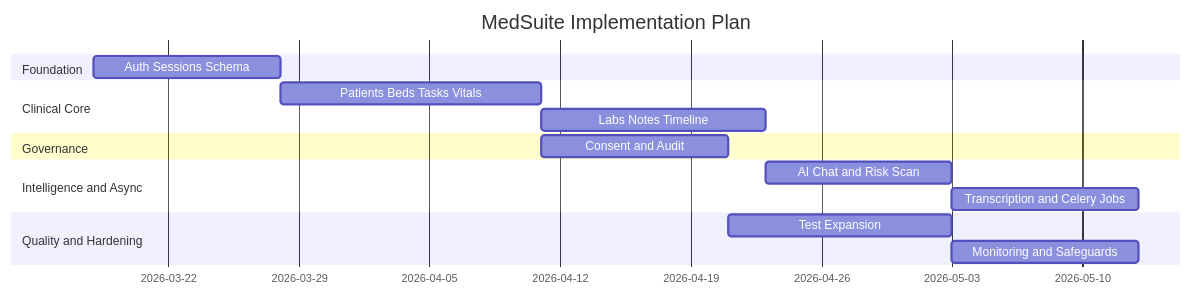
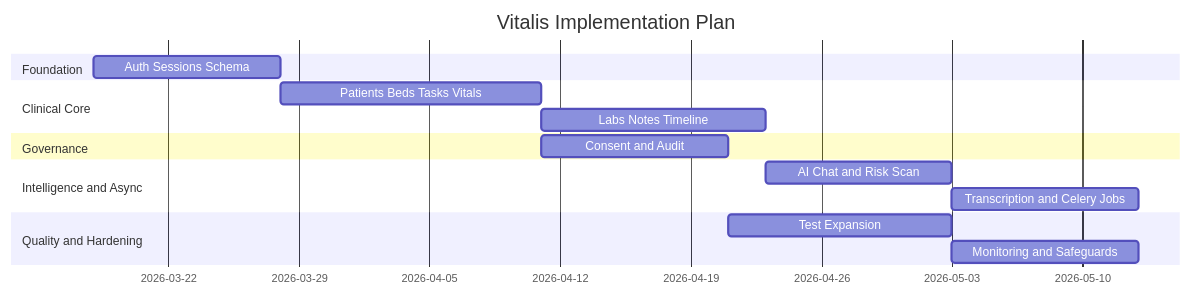
The third of 3 diagrams in methodology.md (prathamesh-chavan-22/MedSuit), drawn with Mermaid before and after one commit. The commit also changed other lines of this file and 26 other files, not shown here.

Commit message:
chore: Rename the project from MedSuite to Vitalis and update associated configurations, documentation, and code references.

````diff
--- a/methodology.md
+++ b/methodology.md
@@ -203,18 +203,18 @@
 ```mermaid
 gantt
-    title MedSuite Implementation Plan
+    title Vitalis Implementation Plan
     dateFormat  YYYY-MM-DD
     section Foundation
     Auth Sessions Schema           :a1, 2026-03-18, 10d
     section Clinical Core
     Patients Beds Tasks Vitals     :a2, after a1, 14d
     Labs Notes Timeline            :a3, after a2, 12d
     section Governance
     Consent and Audit              :a4, after a2, 10d
     section Intelligence and Async
     AI Chat and Risk Scan          :a5, after a3, 10d
     Transcription and Celery Jobs  :a6, after a5, 10d
     section Quality and Hardening
     Test Expansion                 :a7, after a4, 12d
     Monitoring and Safeguards      :a8, after a7, 10d
 ```
````
